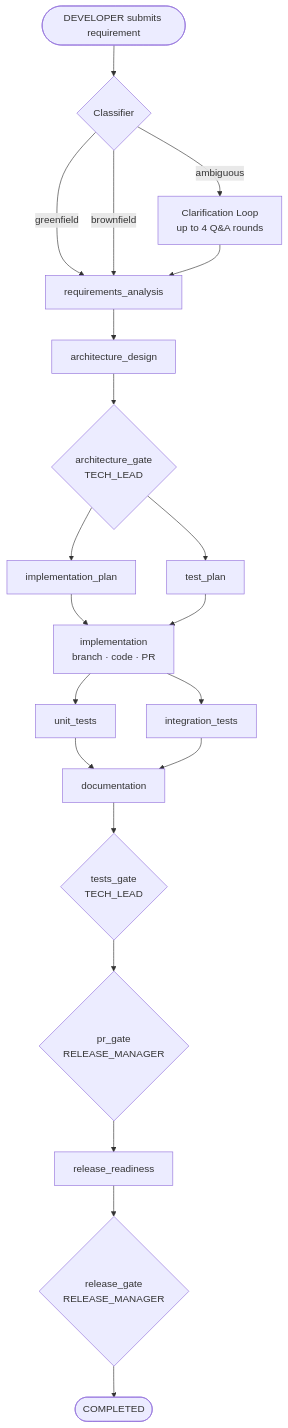
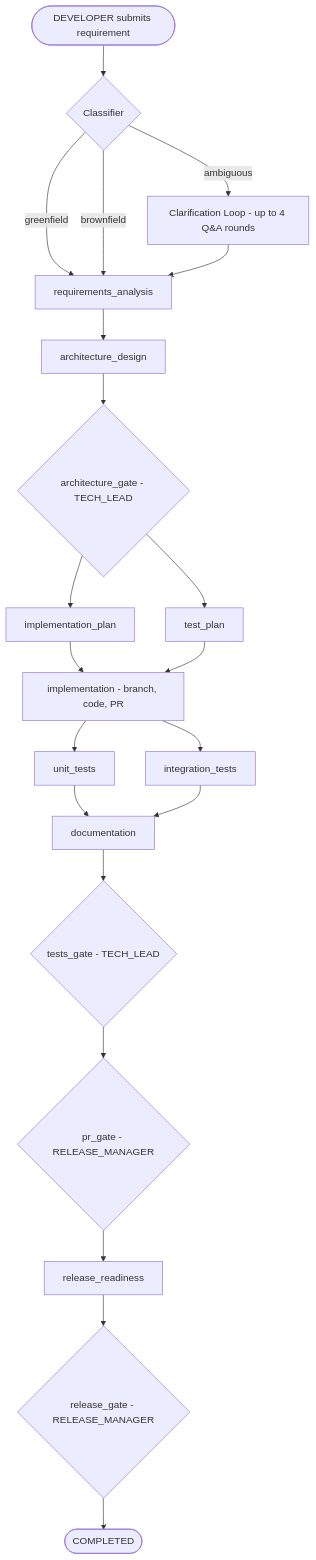
One commit to agentic-dev-projects/url-copilot changed the second of 2 diagrams in README.md. Above: the diagram before and after it, drawn with Mermaid. The commit also changed other lines of this file and 5 other files, not shown here.

First line of the commit message:
fix: strip all remaining Mermaid syntax GitHub cannot render

````diff
--- a/README.md
+++ b/README.md
@@ -66,24 +66,24 @@
 ```mermaid
 flowchart TD
     SUBMIT([DEVELOPER submits requirement]) --> CLASSIFY{Classifier}
     CLASSIFY -->|greenfield| RA
     CLASSIFY -->|brownfield| RA
-    CLASSIFY -->|ambiguous| CL["Clarification Loop<br/>up to 4 Q&A rounds"]
+    CLASSIFY -->|ambiguous| CL[Clarification Loop - up to 4 Q&A rounds]
     CL --> RA
 
     RA[requirements_analysis] --> AD[architecture_design]
-    AD --> G1{"architecture_gate<br/>TECH_LEAD"}
+    AD --> G1{architecture_gate - TECH_LEAD}
     G1 --> IP[implementation_plan]
     G1 --> TP[test_plan]
-    IP --> IMPL["implementation<br/>branch · code · PR"]
+    IP --> IMPL[implementation - branch, code, PR]
     TP --> IMPL
     IMPL --> UT[unit_tests]
     IMPL --> IT[integration_tests]
     UT --> DOC[documentation]
     IT --> DOC
-    DOC --> G2{"tests_gate<br/>TECH_LEAD"}
-    G2 --> G3{"pr_gate<br/>RELEASE_MANAGER"}
+    DOC --> G2{tests_gate - TECH_LEAD}
+    G2 --> G3{pr_gate - RELEASE_MANAGER}
     G3 --> RR[release_readiness]
-    RR --> G4{"release_gate<br/>RELEASE_MANAGER"}
+    RR --> G4{release_gate - RELEASE_MANAGER}
     G4 --> DONE([COMPLETED])
 ```
````
